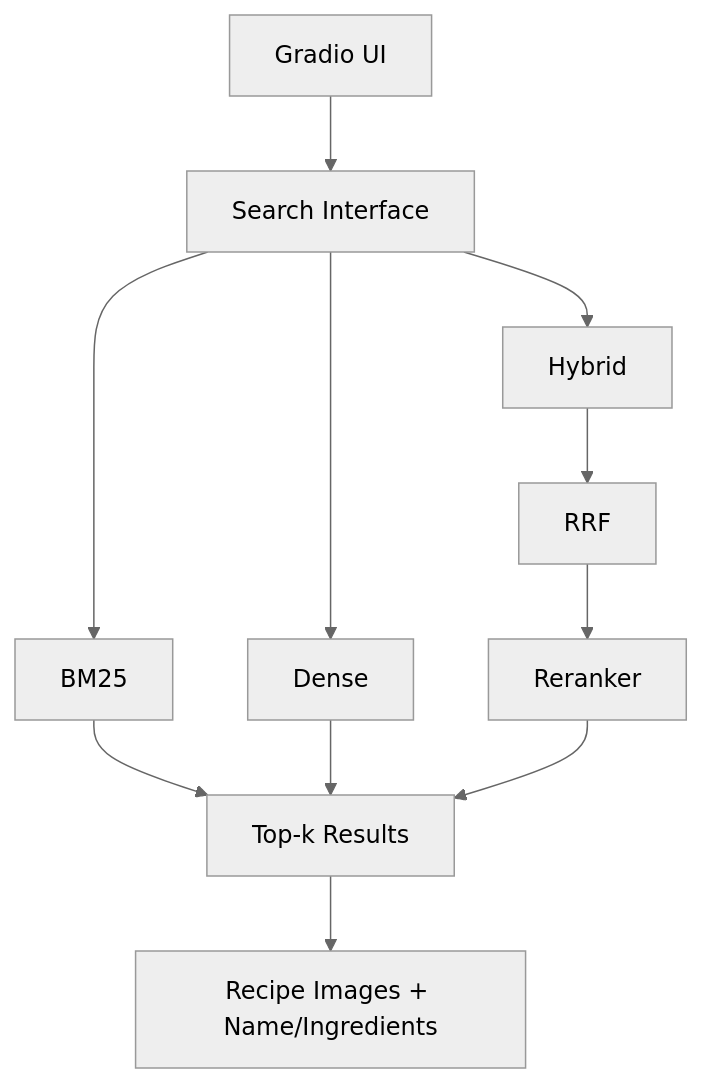
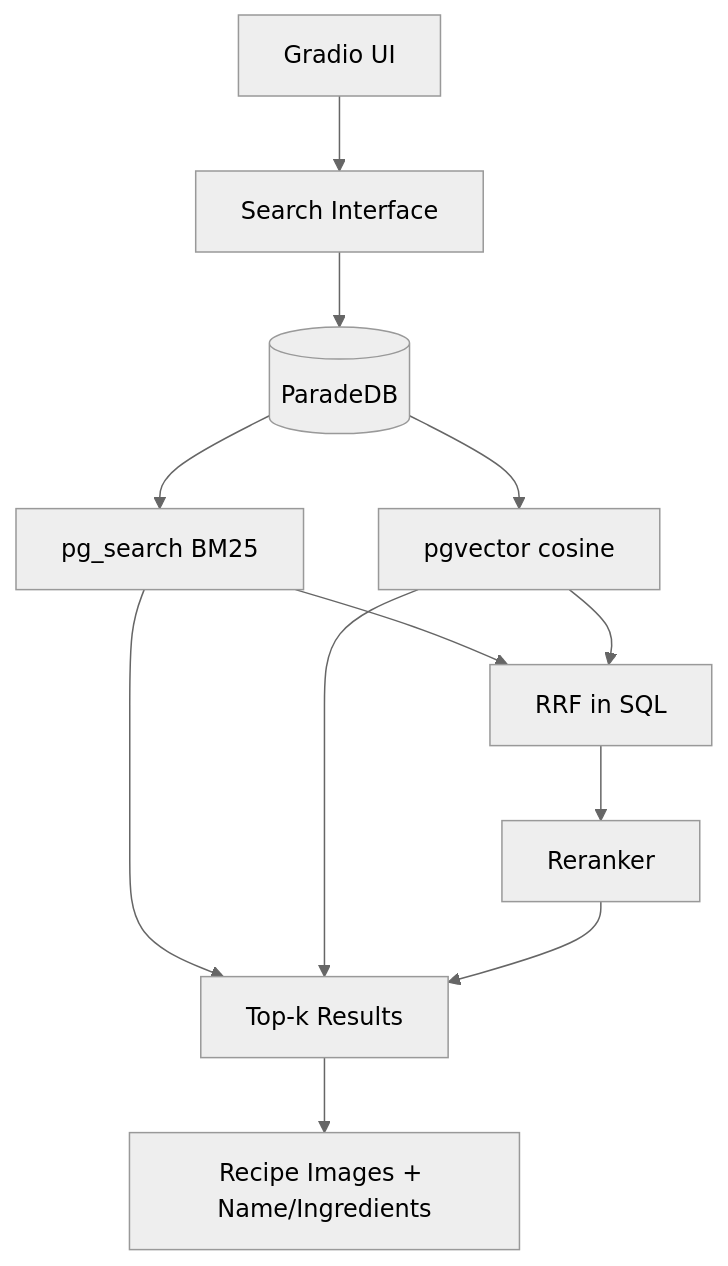
Before and after one commit to Anlele1701/UIT_IS6303_RecipeRetrieval: the first of 2 diagrams in docs/05_SYSTEM_ARCHITECTURE.md, drawn with Mermaid (neutral theme). The commit also changed other lines of this file and 24 other files, not shown here.

````diff
--- a/docs/05_SYSTEM_ARCHITECTURE.md
+++ b/docs/05_SYSTEM_ARCHITECTURE.md
@@ -5,13 +5,14 @@
 ```mermaid
 flowchart TB
     UI[Gradio UI] --> SI[Search Interface]
-    SI --> BM25
-    SI --> Dense
-    SI --> Hybrid
-    Hybrid --> RRF
+    SI --> PG[(ParadeDB)]
+    PG --> BM25[pg_search BM25]
+    PG --> Dense[pgvector cosine]
+    BM25 --> RRF[RRF in SQL]
+    Dense --> RRF
     RRF --> Reranker
     BM25 --> TopK[Top-k Results]
     Dense --> TopK
     Reranker --> TopK
     TopK --> Img[Recipe Images + Name/Ingredients]
 ```
````
